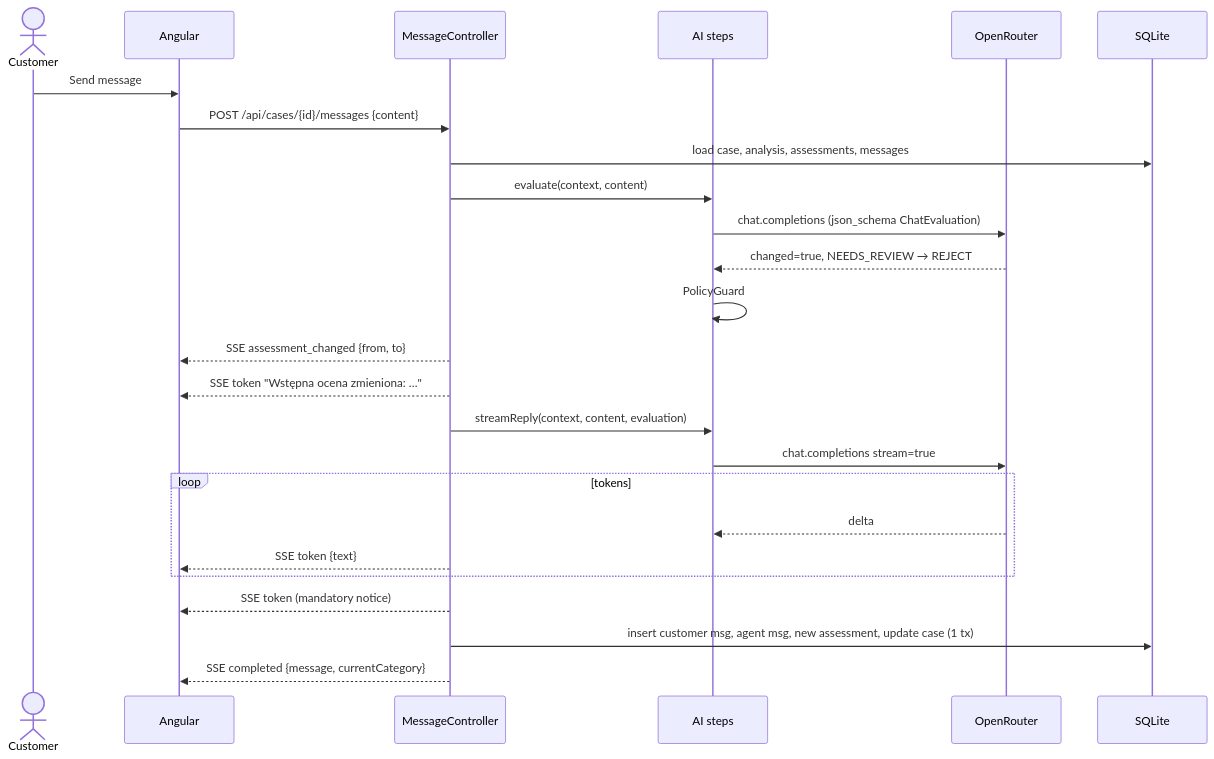
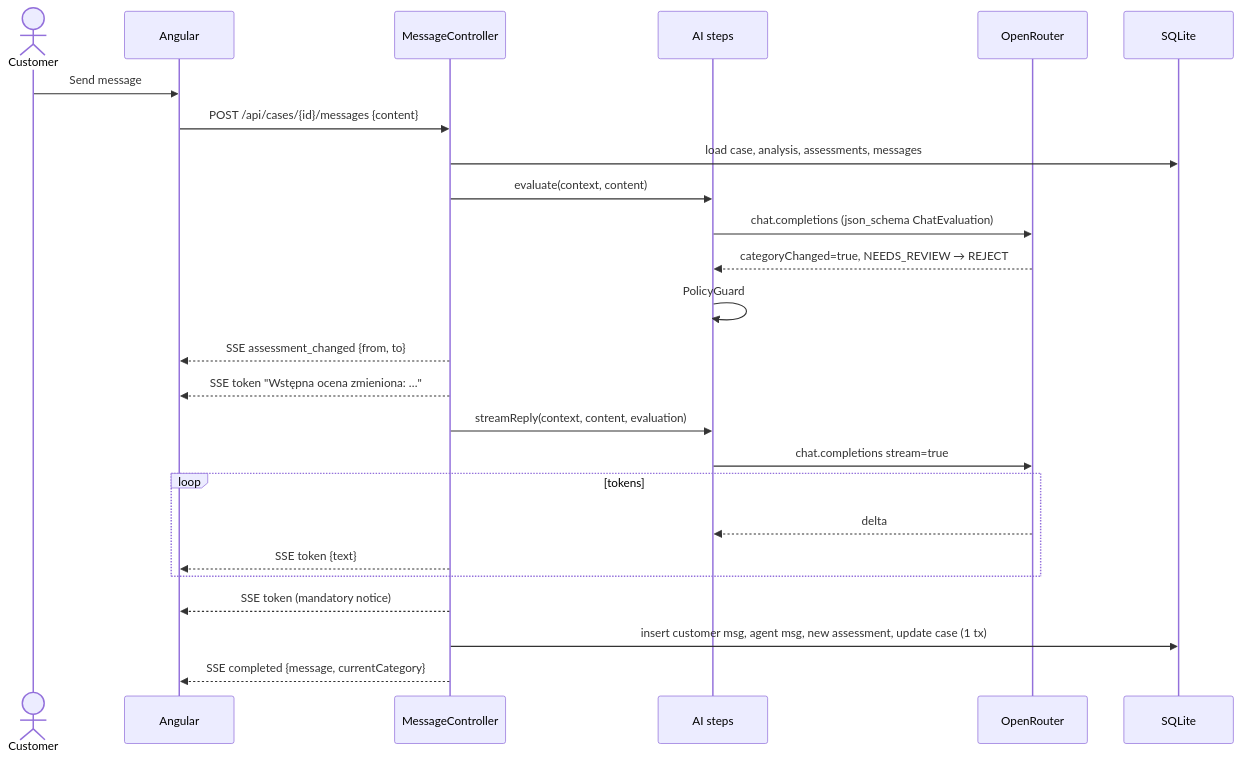
Before and after one commit to MajaBrog/jsystems-ai-programming-2026-11: the fifth of 7 diagrams in docs/ADR/000-main-architecture.md, drawn with Mermaid. The commit also changed other lines of this file and 5 other files, not shown here.

````diff
--- a/docs/ADR/000-main-architecture.md
+++ b/docs/ADR/000-main-architecture.md
@@ -365,27 +365,27 @@
 ```mermaid
 sequenceDiagram
     actor U as Customer
     participant FE as Angular
     participant API as MessageController
     participant AI as AI steps
     participant OR as OpenRouter
     participant DB as SQLite
     U->>FE: Send message
     FE->>API: POST /api/cases/{id}/messages {content}
     API->>DB: load case, analysis, assessments, messages
     API->>AI: evaluate(context, content)
     AI->>OR: chat.completions (json_schema ChatEvaluation)
-    OR-->>AI: changed=true, NEEDS_REVIEW → REJECT
+    OR-->>AI: categoryChanged=true, NEEDS_REVIEW → REJECT
     AI->>AI: PolicyGuard
     API-->>FE: SSE assessment_changed {from, to}
     API-->>FE: SSE token "Wstępna ocena zmieniona: …"
     API->>AI: streamReply(context, content, evaluation)
     AI->>OR: chat.completions stream=true
     loop tokens
         OR-->>AI: delta
         API-->>FE: SSE token {text}
     end
     API-->>FE: SSE token (mandatory notice)
     API->>DB: insert customer msg, agent msg, new assessment, update case (1 tx)
     API-->>FE: SSE completed {message, currentCategory}
 ```
````
